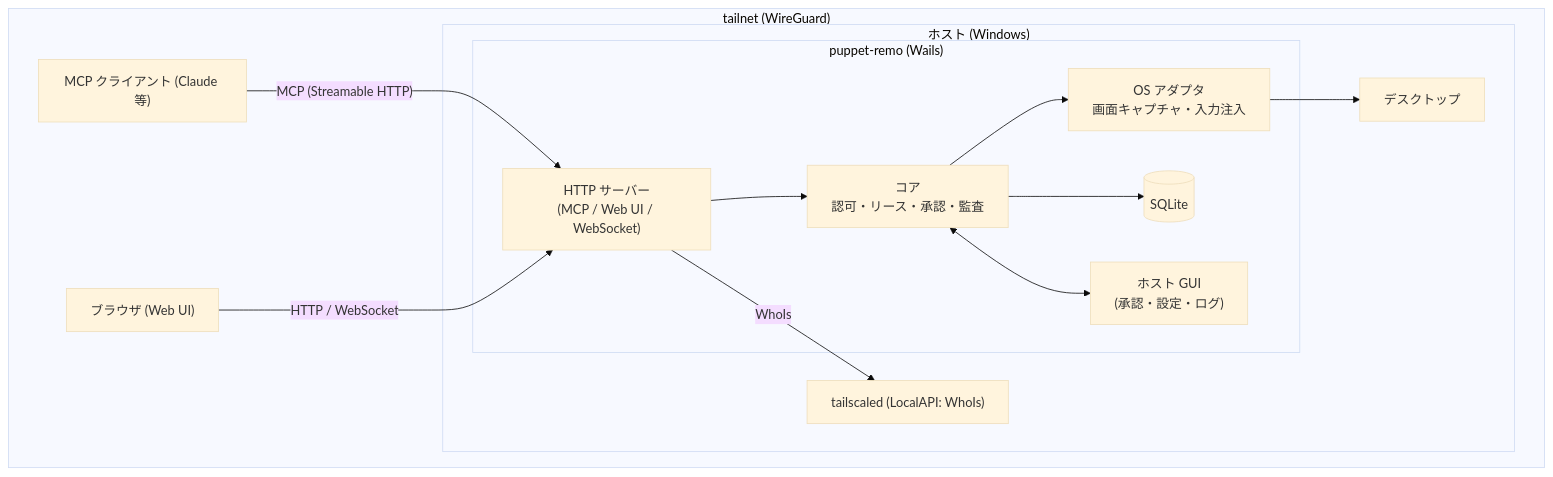
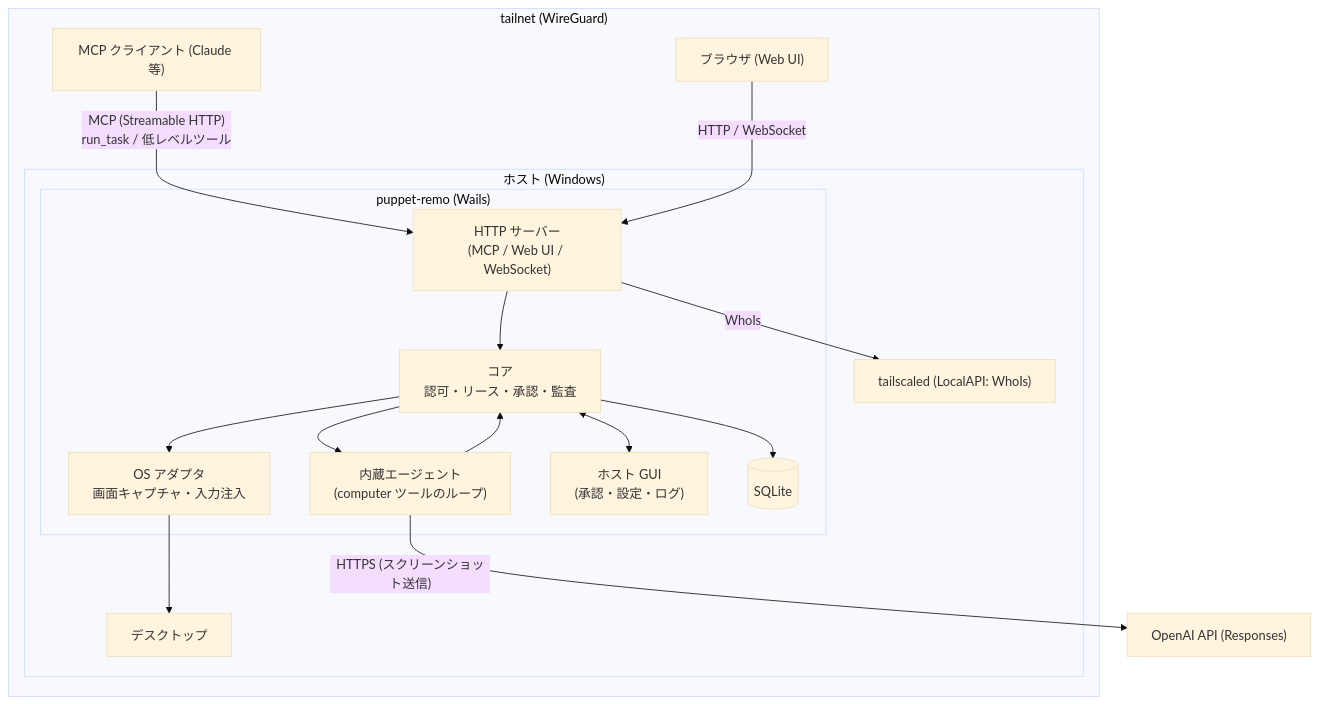
The diagram in docs/overview.md (ousiassllc/puppet-remo), drawn with Mermaid (base theme) before and after one commit. The commit also changed other lines of this file and 4 other files, not shown here.

Commit message:
docs: ホスト内蔵エージェント(OpenAI computer ツール)を仕様へ反映 (#1)

````diff
--- a/docs/overview.md
+++ b/docs/overview.md
@@ -52,26 +55,31 @@
 ```mermaid
 graph TD
     subgraph Tailnet["tailnet (WireGuard)"]
         MCPC["MCP クライアント (Claude 等)"]
         BR["ブラウザ (Web UI)"]
         subgraph Host["ホスト (Windows)"]
             TS["tailscaled (LocalAPI: WhoIs)"]
             subgraph App["puppet-remo (Wails)"]
                 SRV["HTTP サーバー<br/>(MCP / Web UI / WebSocket)"]
                 CORE["コア<br/>認可・リース・承認・監査"]
+                AGENT["内蔵エージェント<br/>(computer ツールのループ)"]
                 OS["OS アダプタ<br/>画面キャプチャ・入力注入"]
                 GUI["ホスト GUI<br/>(承認・設定・ログ)"]
                 DB[("SQLite")]
             end
             DESK["デスクトップ"]
         end
     end
-    MCPC -- "MCP (Streamable HTTP)" --> SRV
+    OAI["OpenAI API (Responses)"]
+    MCPC -- "MCP (Streamable HTTP)<br/>run_task / 低レベルツール" --> SRV
     BR -- "HTTP / WebSocket" --> SRV
     SRV -- "WhoIs" --> TS
     SRV --> CORE
+    CORE --> AGENT
+    AGENT -- "HTTPS (スクリーンショット送信)" --> OAI
+    AGENT --> CORE
     CORE --> OS
     CORE --> DB
     CORE <--> GUI
     OS --> DESK
 ```
````
